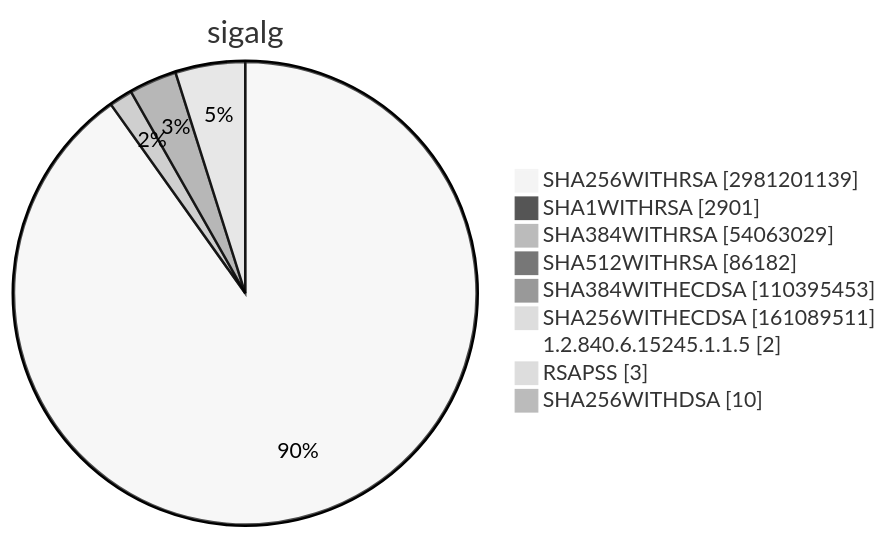
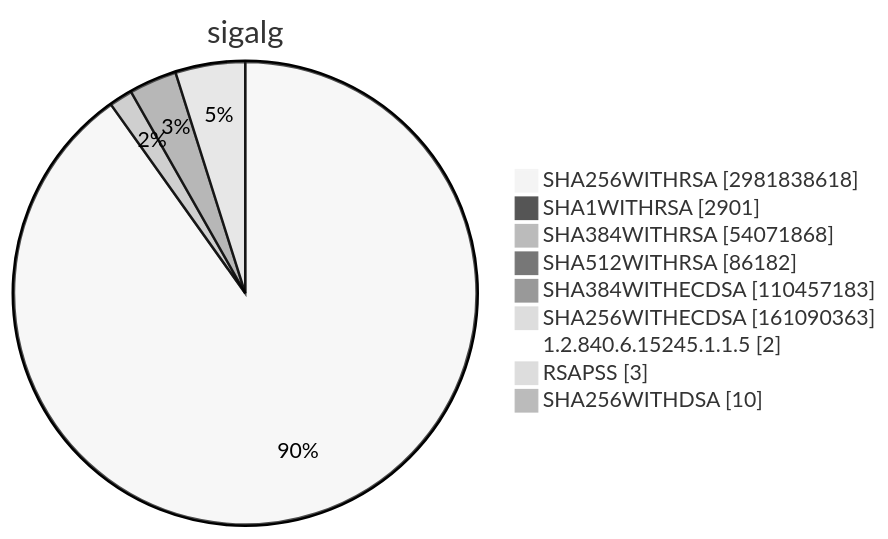
Before and after one commit to christiankrug/ctmonitor_visualization: diagram 15 of 15 in TOTAL/README.md, drawn with Mermaid (neutral theme). The commit also changed other lines of this file, not shown here.

````diff
--- a/TOTAL/README.md
+++ b/TOTAL/README.md
@@ -6208,13 +6208,13 @@
 ```mermaid
 pie showData
 title sigalg
-"SHA256WITHRSA" :2981201139
+"SHA256WITHRSA" :2981838618
 "SHA1WITHRSA" :2901
-"SHA384WITHRSA" :54063029
+"SHA384WITHRSA" :54071868
 "SHA512WITHRSA" :86182
-"SHA384WITHECDSA" :110395453
-"SHA256WITHECDSA" :161089511
+"SHA384WITHECDSA" :110457183
+"SHA256WITHECDSA" :161090363
 "1.2.840.6.15245.1.1.5" :2
 "RSAPSS" :3
 "SHA256WITHDSA" :10
 ```
````
